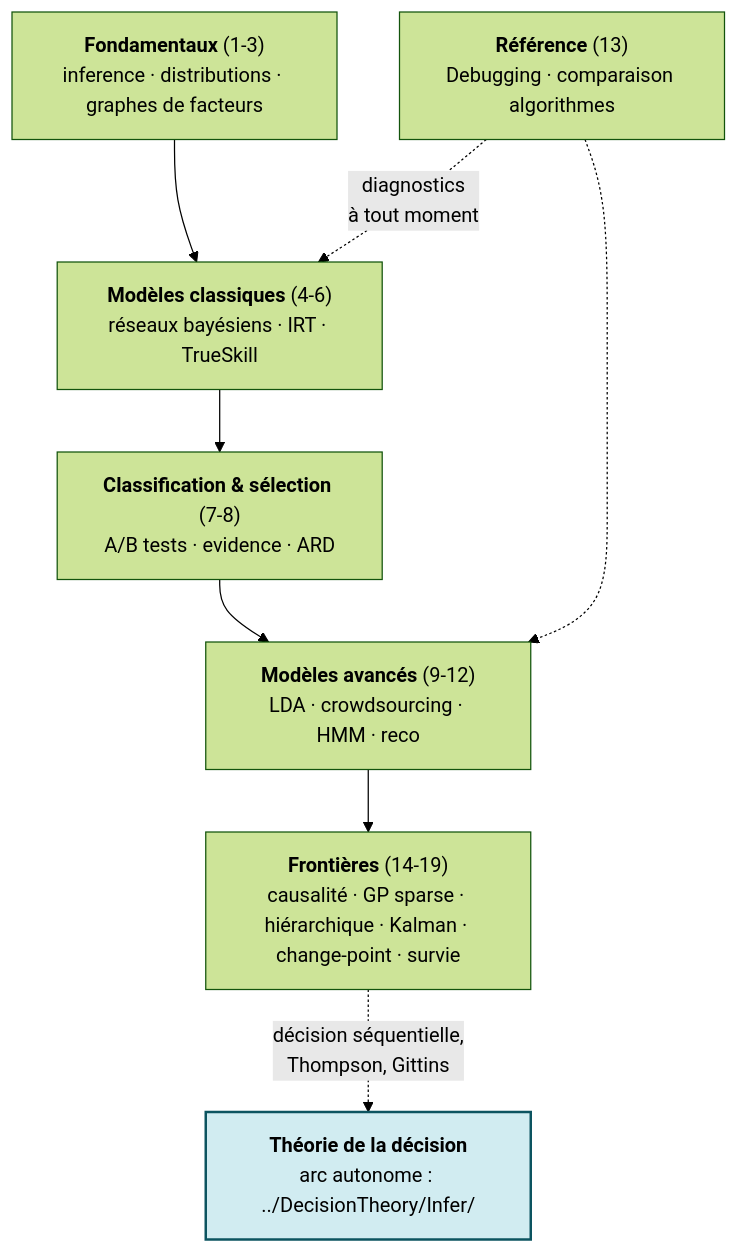
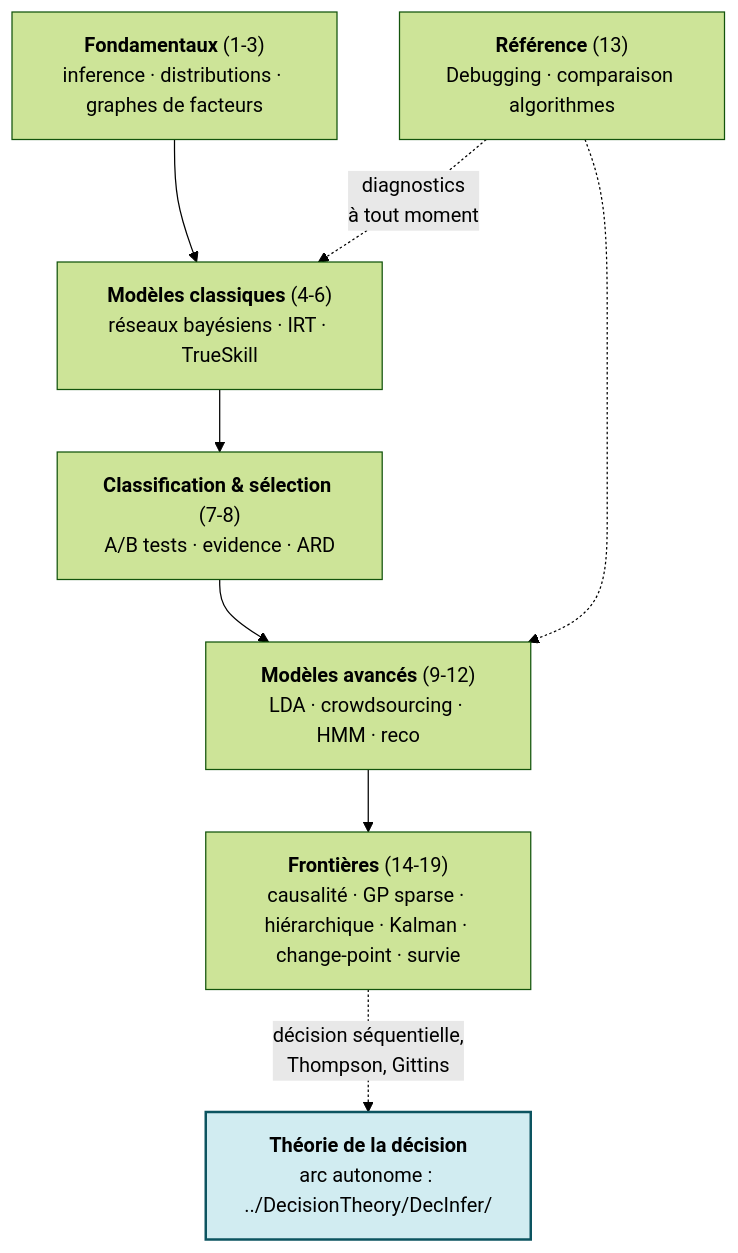
Before and after one commit to jsboige/CoursIA: the second of 2 diagrams in MyIA.AI.Notebooks/Probas/Infer/README.md, drawn with Mermaid (forest theme). The commit also changed other lines of this file and 3 other files, not shown here.

First line of the commit message:
docs(probas): repair inbound links broken by DecisionTheory/Infer -> DecInfer rename

````diff
--- a/MyIA.AI.Notebooks/Probas/Infer/README.md
+++ b/MyIA.AI.Notebooks/Probas/Infer/README.md
@@ -79,17 +79,17 @@
 ```mermaid
 flowchart TD
     P1["<b>Fondamentaux</b> (1-3)<br/>inference · distributions · graphes de facteurs"]
     P2["<b>Modèles classiques</b> (4-6)<br/>réseaux bayésiens · IRT · TrueSkill"]
     P3["<b>Classification & sélection</b> (7-8)<br/>A/B tests · evidence · ARD"]
     P4["<b>Modèles avancés</b> (9-12)<br/>LDA · crowdsourcing · HMM · reco"]
     P5["<b>Référence</b> (13)<br/>Debugging · comparaison algorithmes"]
     P8["<b>Frontières</b> (14-19)<br/>causalité · GP sparse · hiérarchique · Kalman · change-point · survie"]
-    DT["<b>Théorie de la décision</b><br/>arc autonome : ../DecisionTheory/Infer/"]
+    DT["<b>Théorie de la décision</b><br/>arc autonome : ../DecisionTheory/DecInfer/"]
     P1 --> P2 --> P3 --> P4
     P4 --> P8
     P5 -.->|"diagnostics<br/>à tout moment"| P2
     P5 -.-> P4
     P8 -.->|"décision séquentielle,<br/>Thompson, Gittins"| DT
     classDef decision fill:#d1ecf1,stroke:#0c5460,stroke-width:2px;
     class DT decision;
 ```
````
